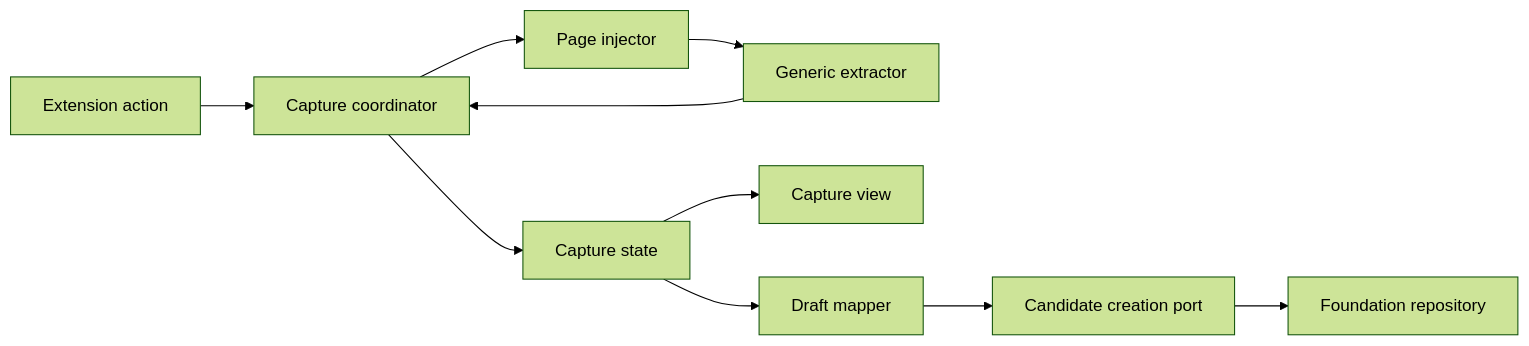
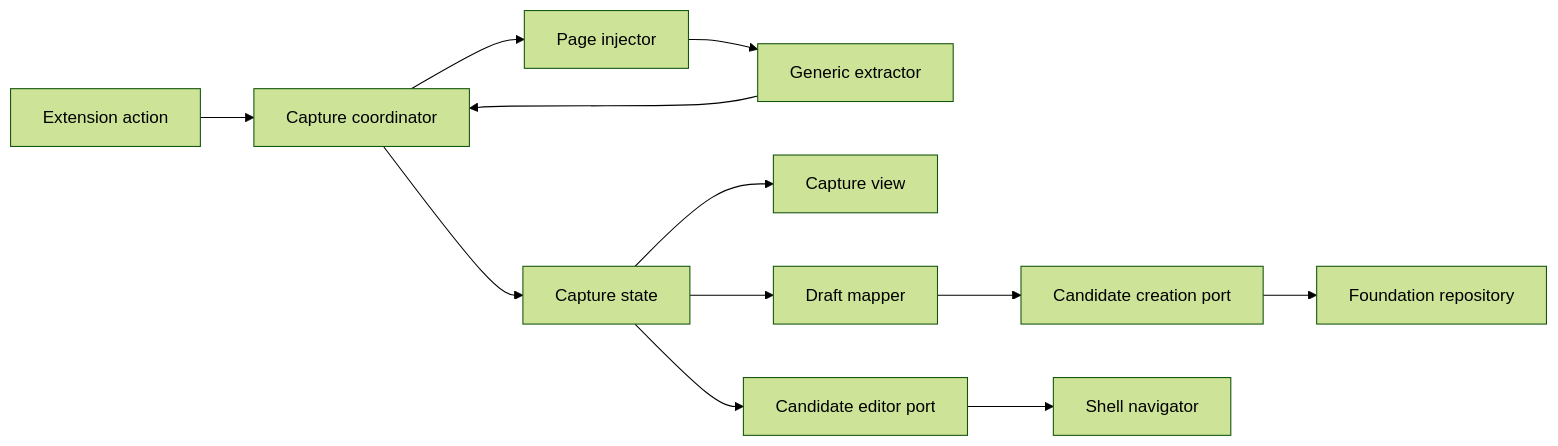
The first of 2 diagrams in .kiro/specs/product-page-capture/design.md (Huruikagi/pc-build-planner), drawn with Mermaid (forest theme) before and after one commit. The commit also changed other lines of this file and 20 other files, not shown here.

````diff
--- a/.kiro/specs/product-page-capture/design.md
+++ b/.kiro/specs/product-page-capture/design.md
@@ -54,12 +57,14 @@
 ```mermaid
 graph LR
     Action[Extension action] --> Coordinator[Capture coordinator]
     Coordinator --> Injector[Page injector]
     Injector --> Extractor[Generic extractor]
     Extractor --> Coordinator
     Coordinator --> State[Capture state]
     State --> View[Capture view]
     State --> Mapper[Draft mapper]
     Mapper --> Port[Candidate creation port]
+    State --> Editor[Candidate editor port]
+    Editor --> Navigator[Shell navigator]
     Port --> Repo[Foundation repository]
 ```
````
